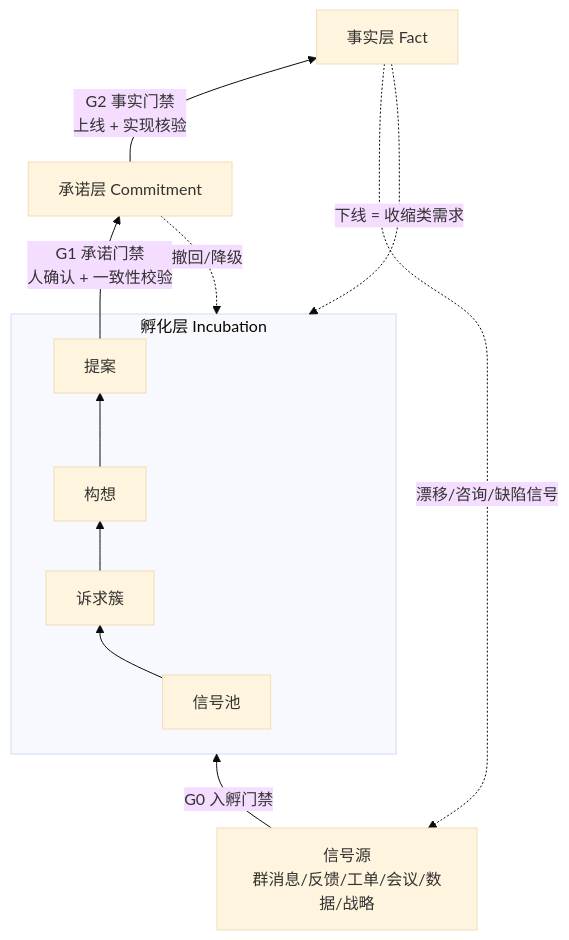
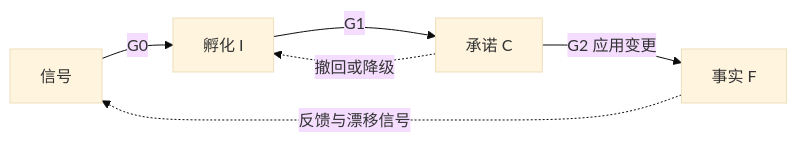
Before and after one commit to zqueenlyl/swe-delta: the diagram in knowledge-maturity-model.md, drawn with Mermaid (base theme). The commit also changed other lines of this file and 4 other files, not shown here.

````diff
--- a/knowledge-maturity-model.md
+++ b/knowledge-maturity-model.md
@@ -86,12 +74,8 @@
 ```mermaid
-flowchart BT
-  S[信号源<br/>群消息/反馈/工单/会议/数据/战略] -->|G0 入孵门禁| I
-  subgraph I[孵化层 Incubation]
-    I1[信号池] --> I2[诉求簇] --> I3[构想] --> I4[提案]
-  end
-  I4 -->|G1 承诺门禁<br/>人确认 + 一致性校验| C[承诺层 Commitment]
-  C -->|G2 事实门禁<br/>上线 + 实现核验| F[事实层 Fact]
-  C -.->|撤回/降级| I
-  F -.->|漂移/咨询/缺陷信号| S
-  F -.->|下线 = 收缩类需求| I
+flowchart LR
+  S[信号] -->|G0| I[孵化 I]
+  I -->|G1| C[承诺 C]
+  C -->|G2 应用变更| F[事实 F]
+  C -.->|撤回或降级| I
+  F -.->|反馈与漂移信号| S
 ```
````
